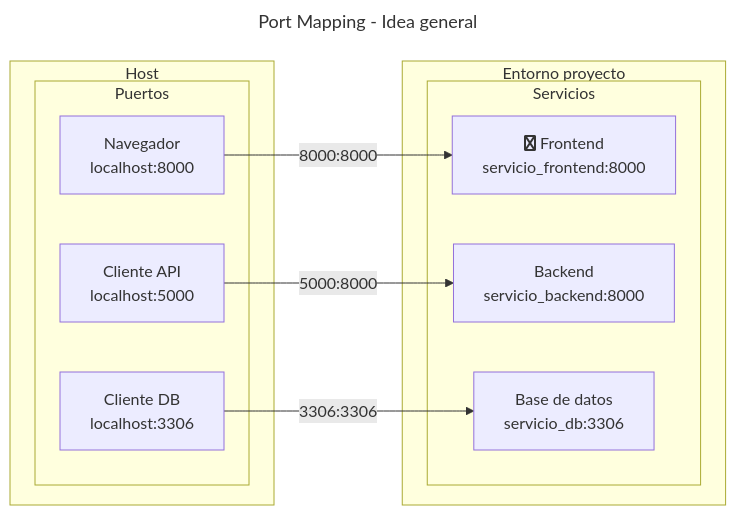
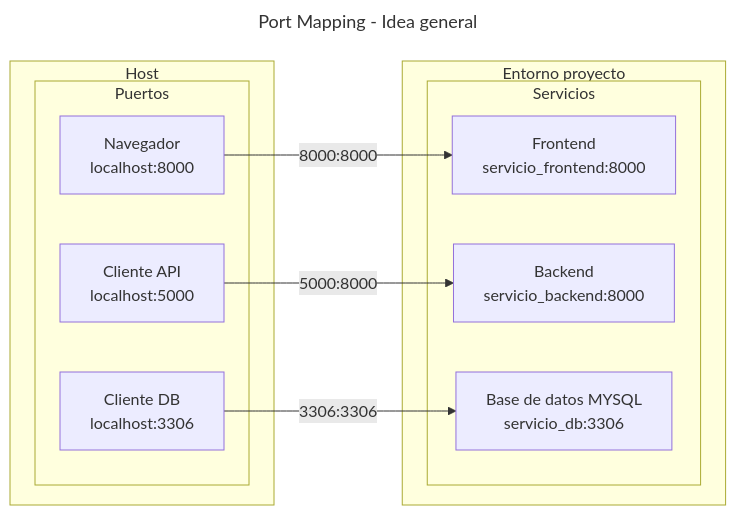
Before and after one commit to alejrot/python-docs: the first of 2 diagrams in docs/contenedores/puertos.md, drawn with Mermaid. The commit also changed other lines of this file and 1 other file, not shown here.

````diff
--- a/docs/contenedores/puertos.md
+++ b/docs/contenedores/puertos.md
@@ -31,35 +32,35 @@
 ```mermaid
 ---
 title: "Port Mapping - Idea general"
 ---
 flowchart LR
 
     subgraph proyecto [Entorno proyecto]
 
         subgraph services [Servicios]
-        front["`fa:fa-twitter Frontend 
+        front["`Frontend 
             servicio_frontend:8000`"]
         back["`Backend 
             servicio_backend:8000`"]
-        db["`Base de datos
+        db["`Base de datos MYSQL
             servicio_db:3306`"]
         end
 
 
     end
     subgraph host [Host]
         subgraph ports [Puertos]
             port1["`Navegador
             localhost:8000`"]
             port2["`Cliente API 
             localhost:5000`"]
             port3["`Cliente DB 
             localhost:3306`"]
 
         end
     end
 
     port1 -->|8000:8000| front
     port2 -->|5000:8000| back
     port3 -->|3306:3306| db
 ```
````
